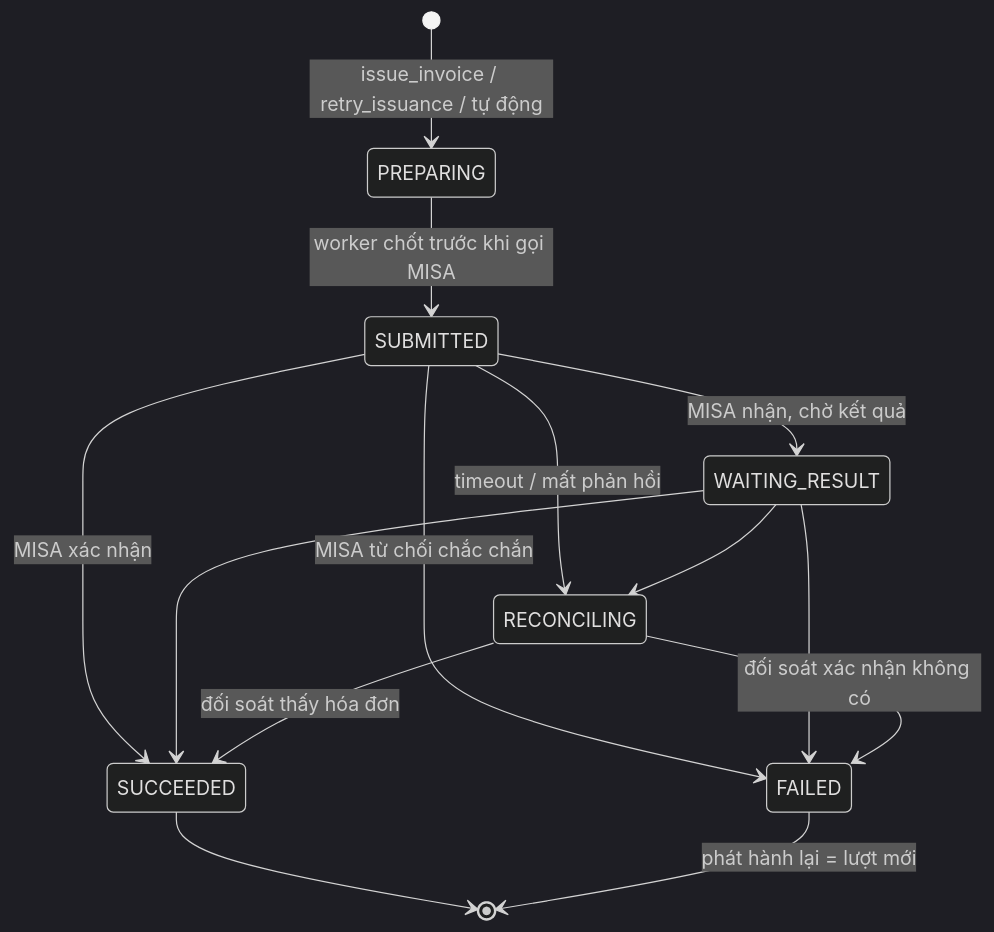
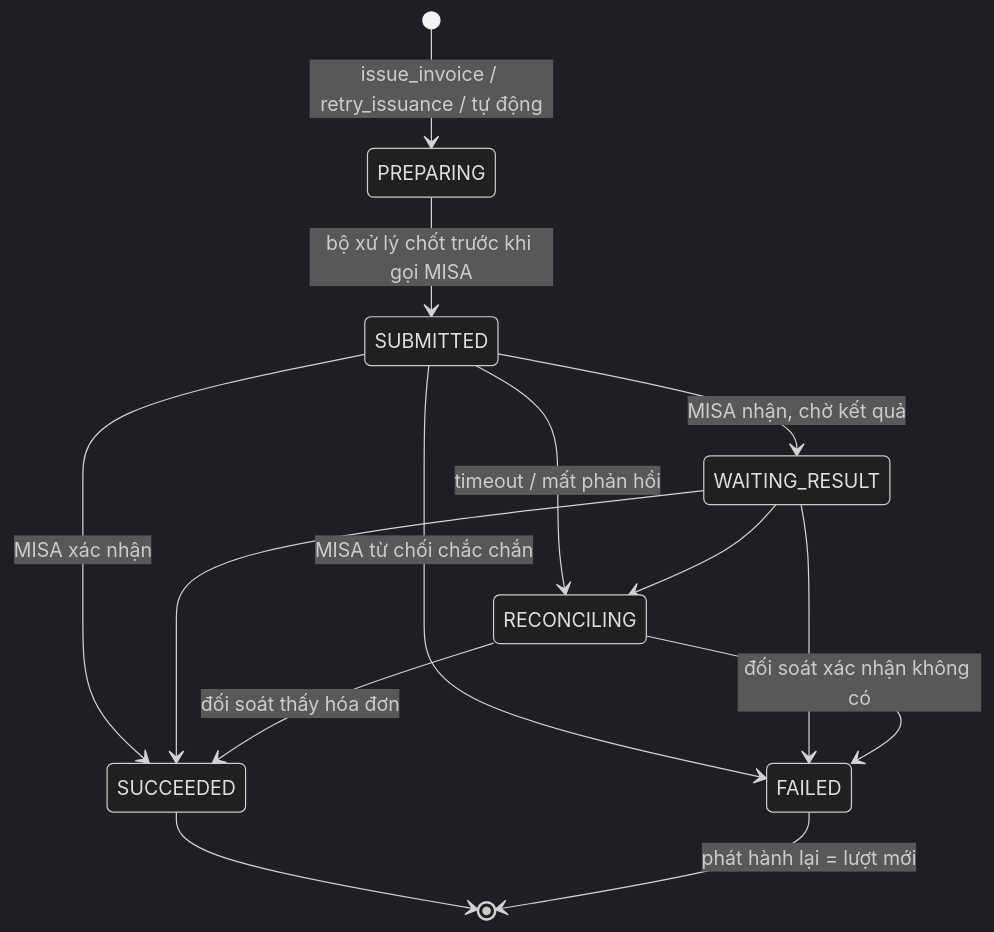
One commit to DsChien102/erp-sales-inventory changed the third of 6 diagrams in docs/02-yeu-cau/TH-08-hoa-don-dien-tu.md. Above: the diagram before and after it, drawn with Mermaid (dark theme). The commit also changed other lines of this file and 4 other files, not shown here.

````diff
--- a/docs/02-yeu-cau/TH-08-hoa-don-dien-tu.md
+++ b/docs/02-yeu-cau/TH-08-hoa-don-dien-tu.md
@@ -139,16 +140,16 @@
 ```mermaid
 stateDiagram-v2
     [*] --> PREPARING: issue_invoice / retry_issuance / tự động
-    PREPARING --> SUBMITTED: worker chốt trước khi gọi MISA
+    PREPARING --> SUBMITTED: bộ xử lý chốt trước khi gọi MISA
     SUBMITTED --> WAITING_RESULT: MISA nhận, chờ kết quả
     SUBMITTED --> SUCCEEDED: MISA xác nhận
     SUBMITTED --> FAILED: MISA từ chối chắc chắn
     SUBMITTED --> RECONCILING: timeout / mất phản hồi
     WAITING_RESULT --> SUCCEEDED
     WAITING_RESULT --> FAILED
     WAITING_RESULT --> RECONCILING
     RECONCILING --> SUCCEEDED: đối soát thấy hóa đơn
     RECONCILING --> FAILED: đối soát xác nhận không có
     SUCCEEDED --> [*]
     FAILED --> [*]: phát hành lại = lượt mới
 ```
````
